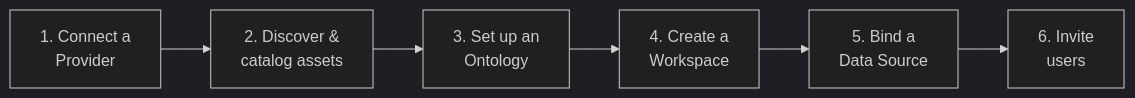
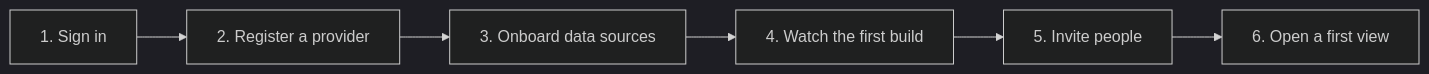
The diagram in docs/guide/ADMIN_SETUP.md (rkrumins/dataviz), drawn with Mermaid (dark theme) before and after one commit. The commit also changed other lines of this file and 35 other files, not shown here.

````diff
--- a/docs/guide/ADMIN_SETUP.md
+++ b/docs/guide/ADMIN_SETUP.md
@@ -15,8 +15,8 @@
 ```mermaid
 flowchart LR
-  P[1. Connect a<br/>Provider] --> C[2. Discover &<br/>catalog assets]
-  C --> O[3. Set up an<br/>Ontology]
-  O --> W[4. Create a<br/>Workspace]
-  W --> DS[5. Bind a<br/>Data Source]
-  DS --> U[6. Invite<br/>users]
+  A["1. Sign in"] --> B["2. Register a provider"]
+  B --> C["3. Onboard data sources"]
+  C --> D["4. Watch the first build"]
+  D --> E["5. Invite people"]
+  E --> F["6. Open a first view"]
 ```
````
